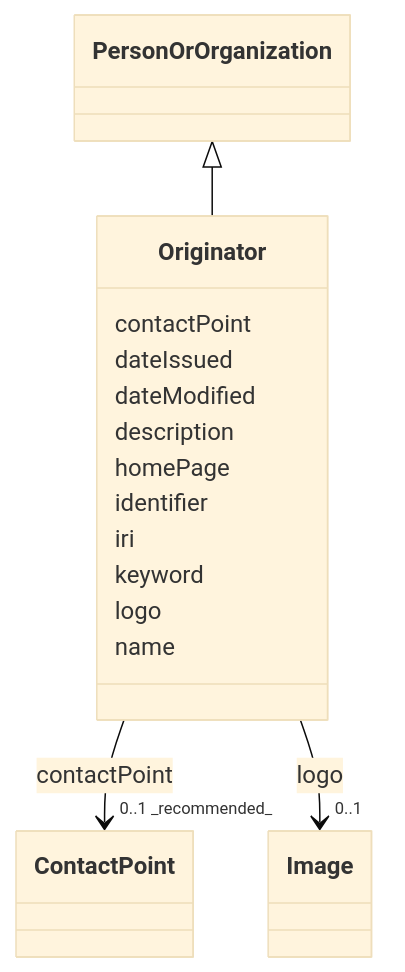
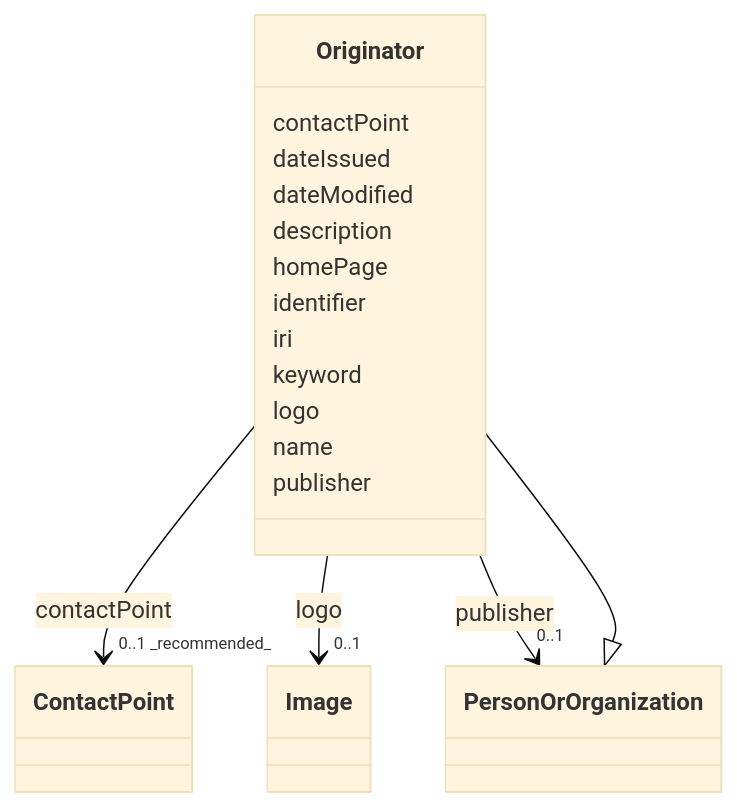
The diagram in models/docs/Originator.md (EVORA-project/evora-ontology), drawn with Mermaid (base theme) before and after one commit. The commit also changed other lines of this file and 468 other files, not shown here.

````diff
--- a/models/docs/Originator.md
+++ b/models/docs/Originator.md
@@ -19,43 +19,52 @@
 ```mermaid
  classDiagram
     class Originator
     click Originator href "../Originator"
       PersonOrOrganization <|-- Originator
         click PersonOrOrganization href "../PersonOrOrganization"
       
       Originator : contactPoint
         
           
     
     
     Originator --> "0..1 _recommended_" ContactPoint : contactPoint
     click ContactPoint href "../ContactPoint"
 
         
       Originator : dateIssued
         
       Originator : dateModified
         
       Originator : description
         
       Originator : homePage
         
       Originator : identifier
         
       Originator : iri
         
       Originator : keyword
         
       Originator : logo
         
           
     
     
     Originator --> "0..1" Image : logo
     click Image href "../Image"
 
         
       Originator : name
         
+      Originator : publisher
+        
+          
+    
+    
+    Originator --> "0..1" PersonOrOrganization : publisher
+    click PersonOrOrganization href "../PersonOrOrganization"
+
+        
       
 ```
````
